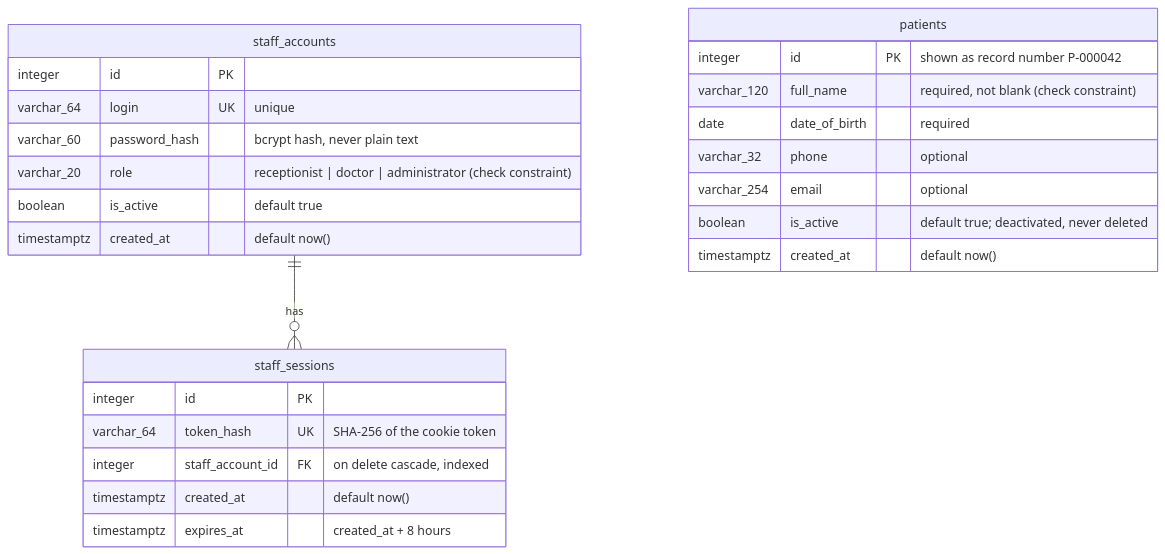
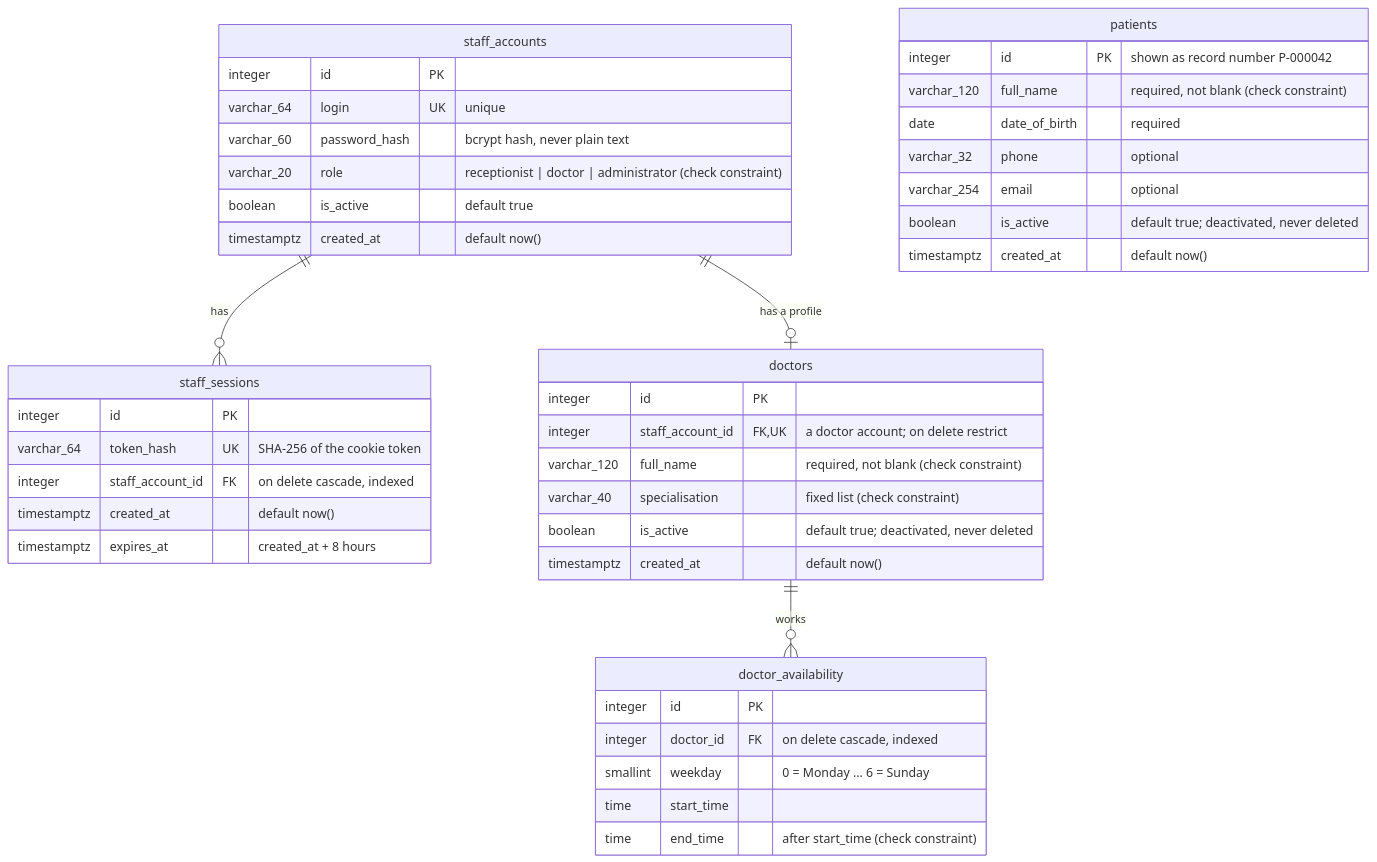
One commit to ceciliagalvaoo/hospital-devops changed the second of 4 diagrams in docs/architecture.md. Above: the diagram before and after it, drawn with Mermaid. The commit also changed other lines of this file and 2 other files, not shown here.

Commit message:
docs: document the doctor data model and its decisions (#55)

````diff
--- a/docs/architecture.md
+++ b/docs/architecture.md
@@ -67,28 +67,45 @@
 ```mermaid
 erDiagram
     staff_accounts ||--o{ staff_sessions : "has"
+    staff_accounts ||--o| doctors : "has a profile"
+    doctors ||--o{ doctor_availability : "works"
     staff_accounts {
         integer id PK
         varchar_64 login UK "unique"
         varchar_60 password_hash "bcrypt hash, never plain text"
         varchar_20 role "receptionist | doctor | administrator (check constraint)"
         boolean is_active "default true"
         timestamptz created_at "default now()"
     }
     staff_sessions {
         integer id PK
         varchar_64 token_hash UK "SHA-256 of the cookie token"
         integer staff_account_id FK "on delete cascade, indexed"
         timestamptz created_at "default now()"
         timestamptz expires_at "created_at + 8 hours"
     }
     patients {
         integer id PK "shown as record number P-000042"
         varchar_120 full_name "required, not blank (check constraint)"
         date date_of_birth "required"
         varchar_32 phone "optional"
         varchar_254 email "optional"
         boolean is_active "default true; deactivated, never deleted"
         timestamptz created_at "default now()"
     }
+    doctors {
+        integer id PK
+        integer staff_account_id FK,UK "a doctor account; on delete restrict"
+        varchar_120 full_name "required, not blank (check constraint)"
+        varchar_40 specialisation "fixed list (check constraint)"
+        boolean is_active "default true; deactivated, never deleted"
+        timestamptz created_at "default now()"
+    }
+    doctor_availability {
+        integer id PK
+        integer doctor_id FK "on delete cascade, indexed"
+        smallint weekday "0 = Monday ... 6 = Sunday"
+        time start_time
+        time end_time "after start_time (check constraint)"
+    }
 ```
````
